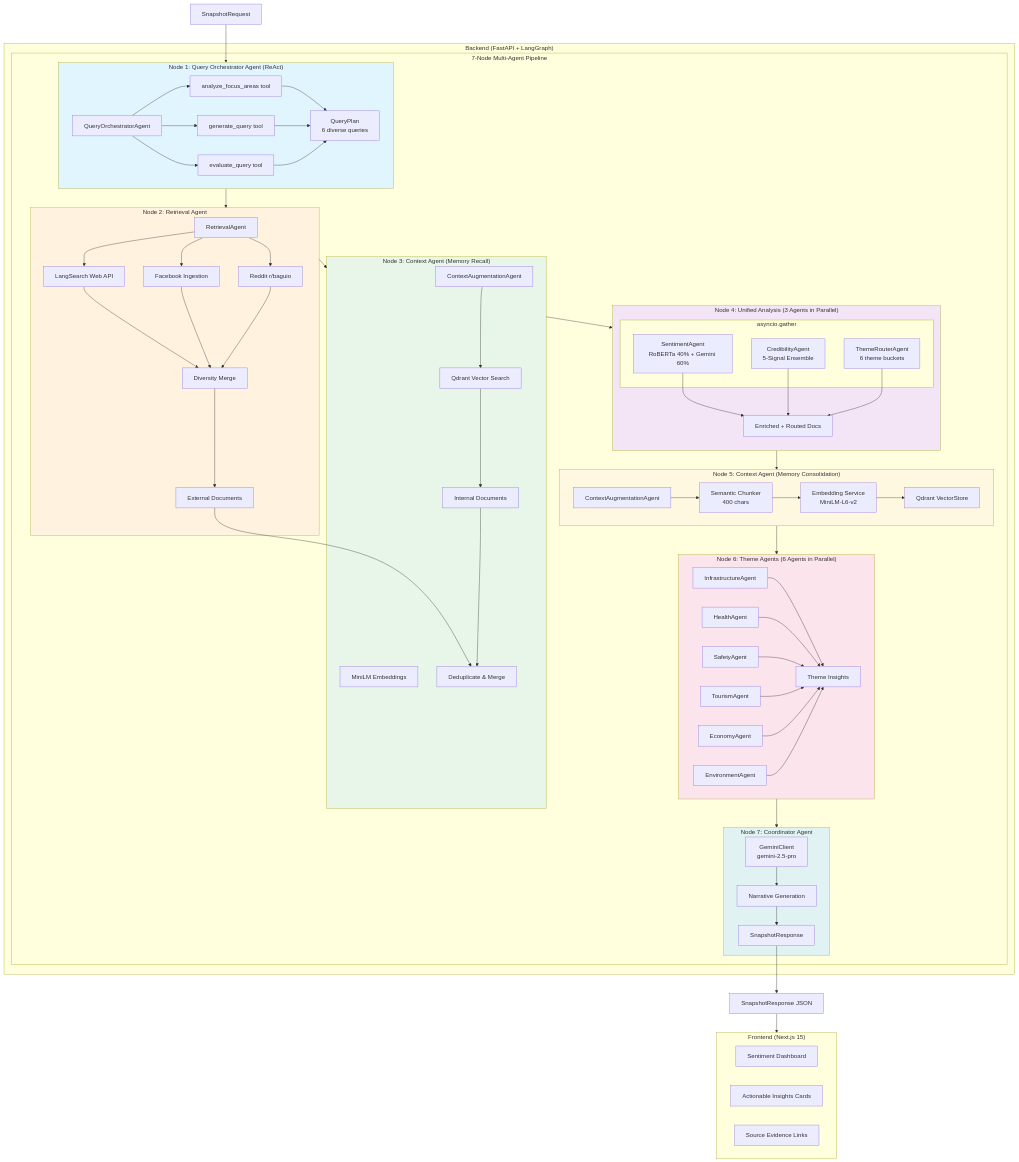
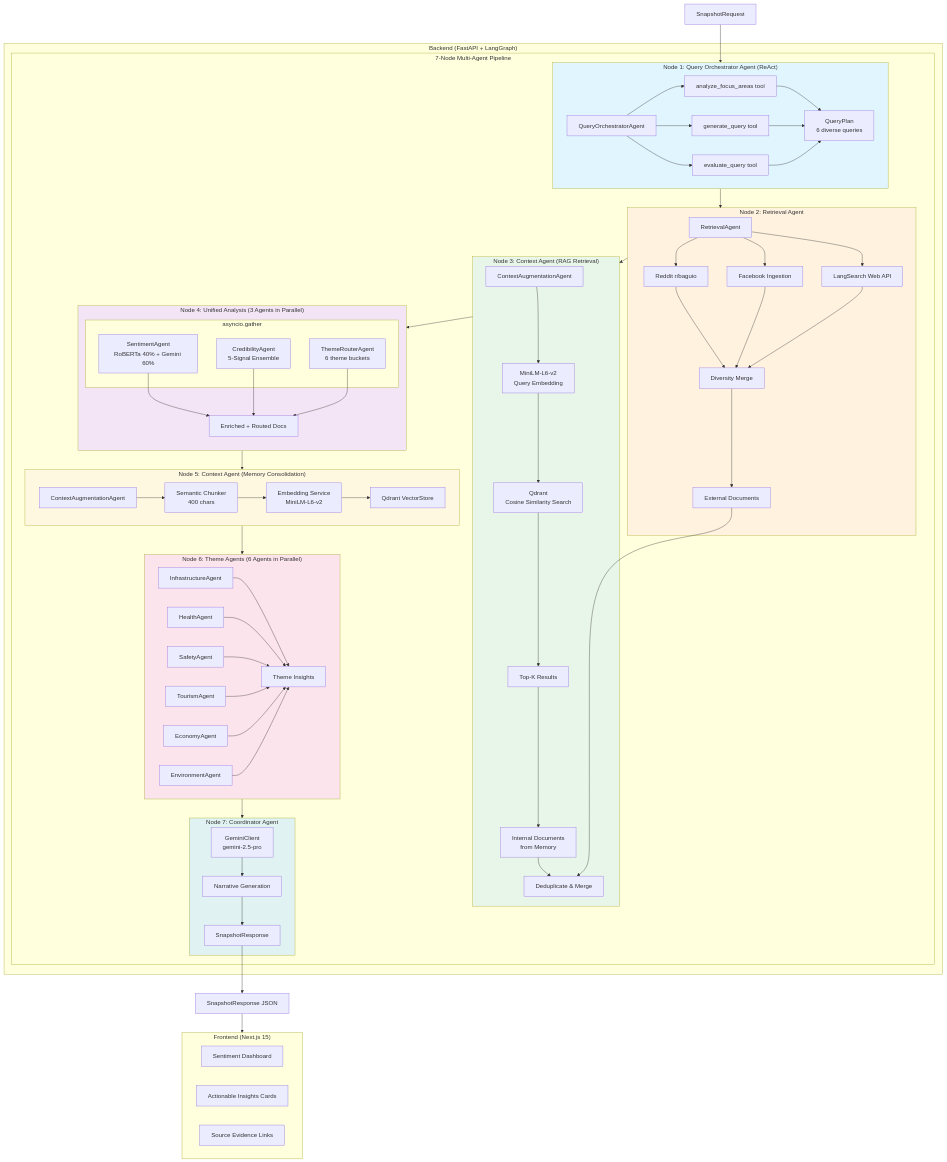
The first of 3 diagrams in docs/ARCHITECTURE.md (donyelqt/Hinaing), drawn with Mermaid before and after one commit. The commit also changed other lines of this file and 5 other files, not shown here.

First line of the commit message:
docs: Clarify 12-agent architecture and RAG retrieval mechanisms

```diff
--- a/docs/ARCHITECTURE.md
+++ b/docs/ARCHITECTURE.md
@@ -110,13 +110,14 @@
                 RR --> ExtDocs
             end
 
-            subgraph Node3["Node 3: Context Agent (Memory Recall)"]
+            subgraph Node3["Node 3: Context Agent (RAG Retrieval)"]
                 CTX[ContextAugmentationAgent]
-                VS1[Qdrant Vector Search]
-                EM1[MiniLM Embeddings]
-                CTX --> VS1
-                IntDocs[Internal Documents]
-                VS1 --> IntDocs
+                EM1[MiniLM-L6-v2<br/>Query Embedding]
+                VS1[Qdrant<br/>Cosine Similarity Search]
+                TopK[Top-K Results]
+                CTX --> EM1 --> VS1 --> TopK
+                IntDocs[Internal Documents<br/>from Memory]
+                TopK --> IntDocs
                 Merge[Deduplicate & Merge]
                 ExtDocs --> Merge
                 IntDocs --> Merge
```
